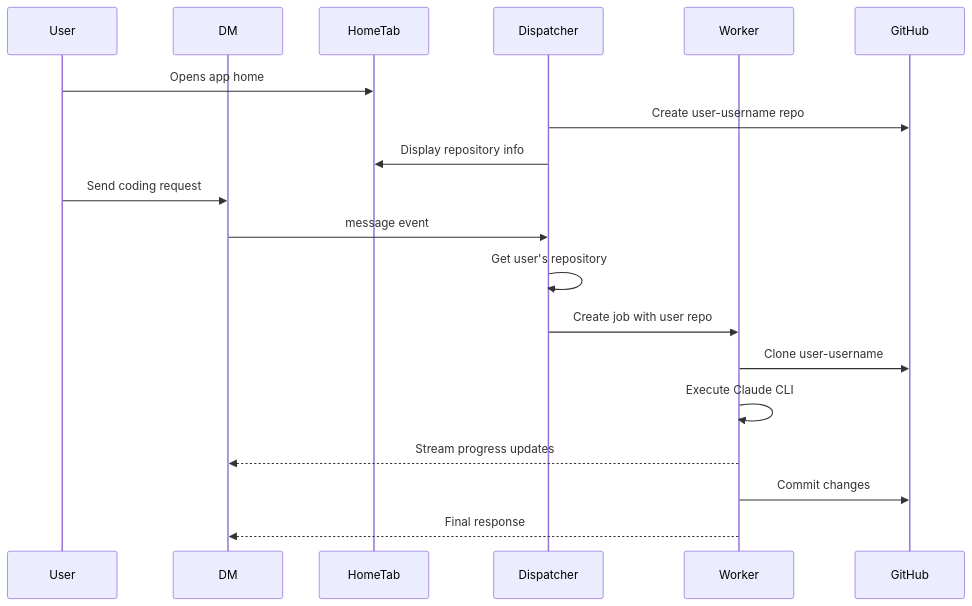
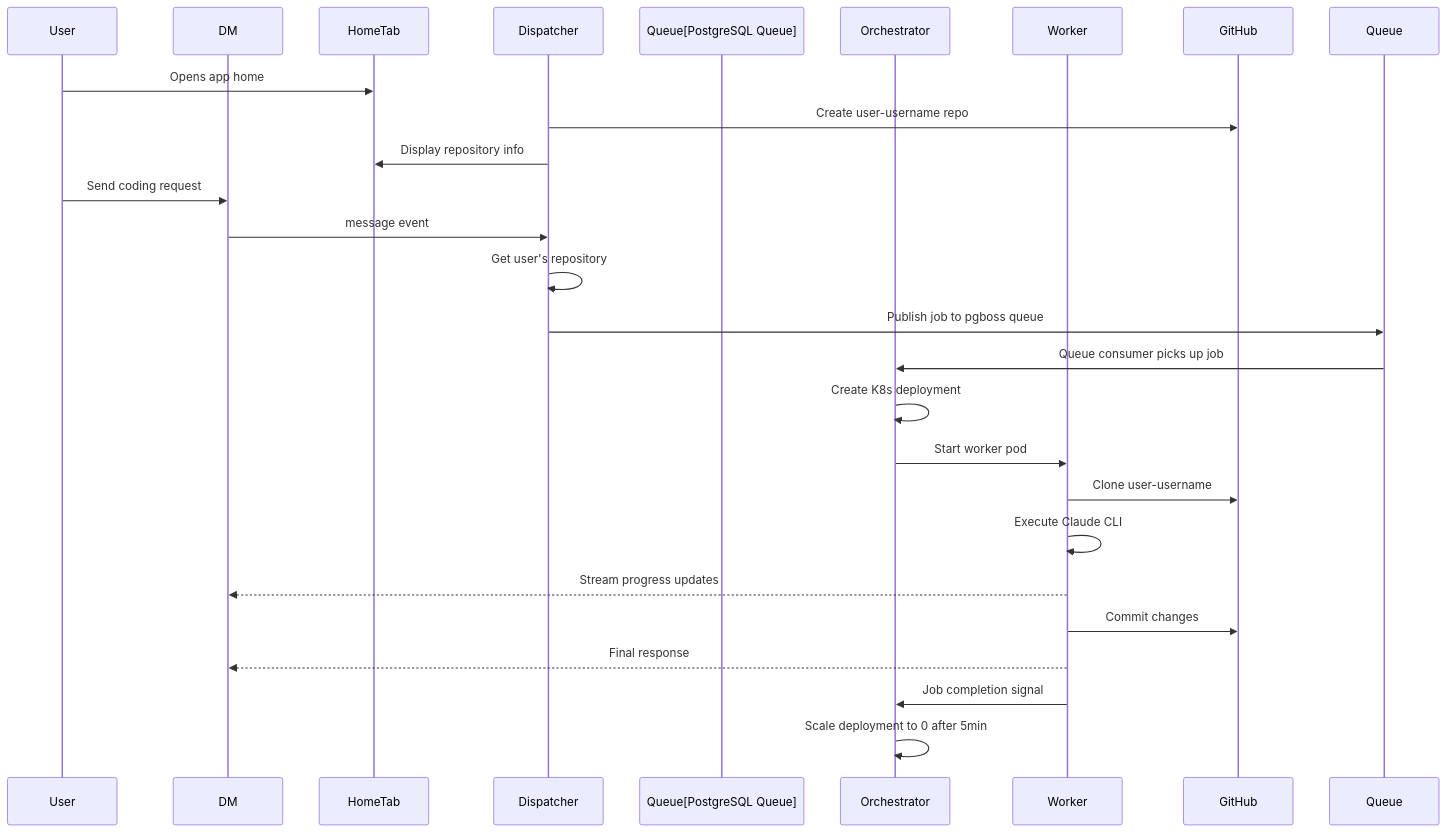
The third of 8 diagrams in ARCHITECTURE.md (buremba/claude-code-slack), drawn with Mermaid before and after one commit. The commit also changed other lines of this file and 28 other files, not shown here.

First line of the commit message:
feat: enhance architecture with PostgreSQL queue integration and orchestrator updates

````diff
--- a/ARCHITECTURE.md
+++ b/ARCHITECTURE.md
@@ -99,22 +126,29 @@
 ```mermaid
 sequenceDiagram
     participant User
     participant DM
     participant HomeTab
     participant Dispatcher
+    participant Queue[PostgreSQL Queue]
+    participant Orchestrator
     participant Worker
     participant GitHub
 
     User->>HomeTab: Opens app home
     Dispatcher->>GitHub: Create user-username repo
     Dispatcher->>HomeTab: Display repository info
     User->>DM: Send coding request
     DM->>Dispatcher: message event
     Dispatcher->>Dispatcher: Get user's repository
-    Dispatcher->>Worker: Create job with user repo
+    Dispatcher->>Queue: Publish job to pgboss queue
+    Queue->>Orchestrator: Queue consumer picks up job
+    Orchestrator->>Orchestrator: Create K8s deployment
+    Orchestrator->>Worker: Start worker pod
     Worker->>GitHub: Clone user-username
     Worker->>Worker: Execute Claude CLI
     Worker-->>DM: Stream progress updates
     Worker->>GitHub: Commit changes
     Worker-->>DM: Final response
+    Worker->>Orchestrator: Job completion signal
+    Orchestrator->>Orchestrator: Scale deployment to 0 after 5min
 ```
````
